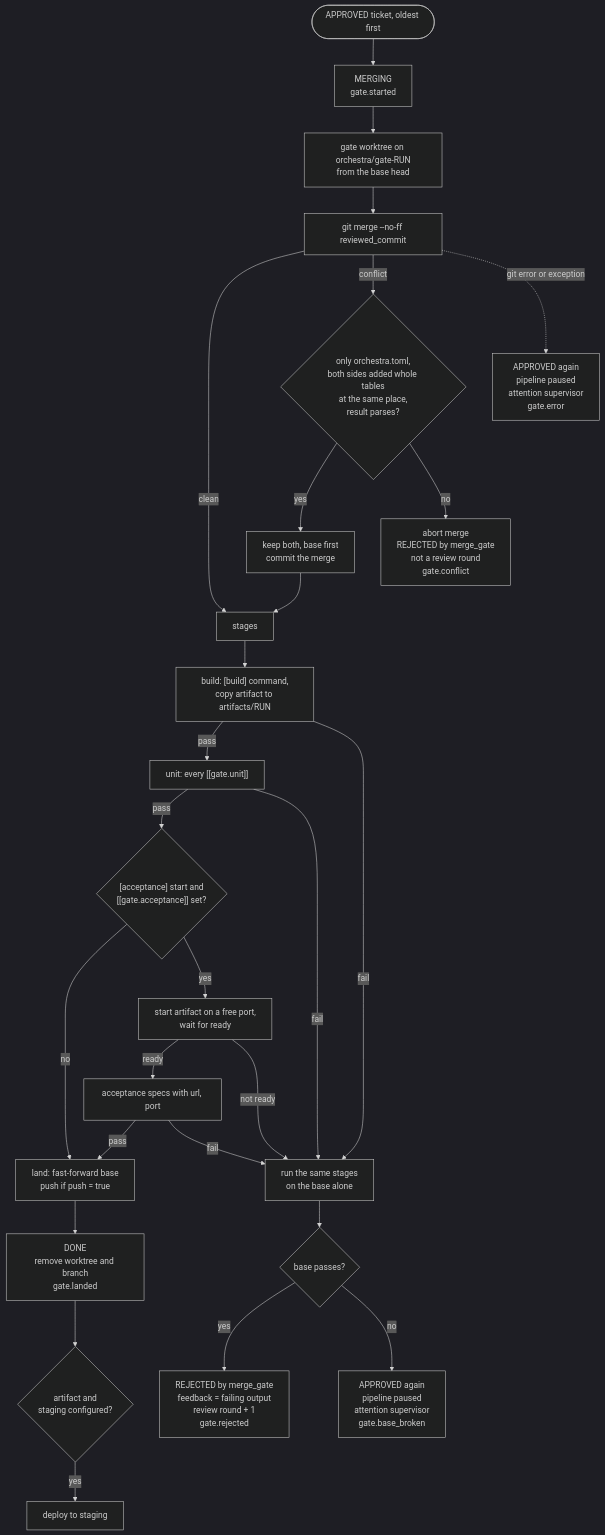
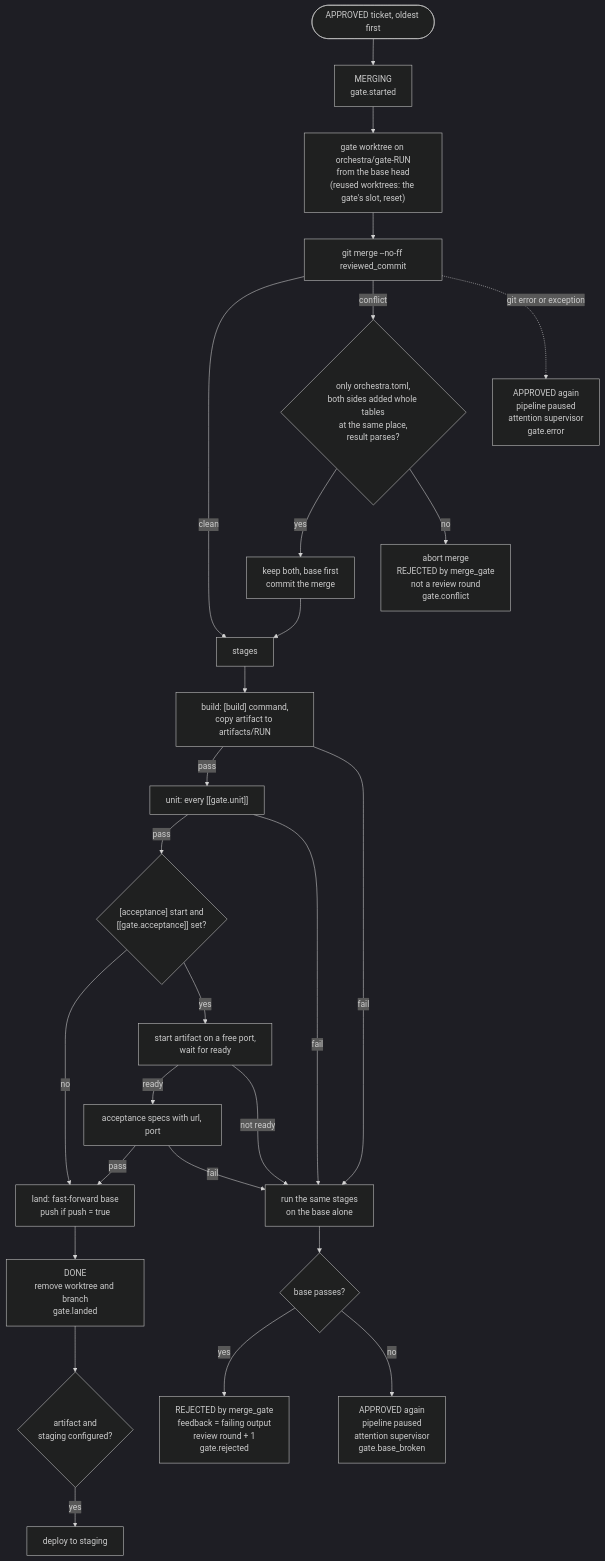
One commit to danroblewis/orchestra-tasking changed the sixth of 7 diagrams in ARCHITECTURE.md. Above: the diagram before and after it, drawn with Mermaid (dark theme). The commit also changed other lines of this file and 13 other files, not shown here.

First line of the commit message:
Reused worktrees (G2): an optional pool of worktrees reset per turn

````diff
--- a/ARCHITECTURE.md
+++ b/ARCHITECTURE.md
@@ -538,28 +574,28 @@
 ```mermaid
 flowchart TD
     S(["APPROVED ticket, oldest first"]) --> M["MERGING<br/>gate.started"]
-    M --> W["gate worktree on orchestra/gate-RUN<br/>from the base head"]
+    M --> W["gate worktree on orchestra/gate-RUN<br/>from the base head<br/>(reused worktrees: the gate's slot, reset)"]
     W --> G["git merge --no-ff reviewed_commit"]
     G -- clean --> ST
     G -- conflict --> R{"only orchestra.toml,<br/>both sides added whole tables<br/>at the same place,<br/>result parses?"}
     R -- yes --> RES["keep both, base first<br/>commit the merge"] --> ST
     R -- no --> CF["abort merge<br/>REJECTED by merge_gate<br/>not a review round<br/>gate.conflict"]
     ST["stages"] --> B["build: [build] command,<br/>copy artifact to artifacts/RUN"]
     B -- pass --> U["unit: every [[gate.unit]]"]
     U -- pass --> AC{"[acceptance] start and<br/>[[gate.acceptance]] set?"}
     AC -- no --> L
     AC -- yes --> T["start artifact on a free port,<br/>wait for ready"]
     T -- ready --> AS["acceptance specs with url, port"]
     AS -- pass --> L["land: fast-forward base<br/>push if push = true"]
     L --> D["DONE<br/>remove worktree and branch<br/>gate.landed"]
     D --> SD{"artifact and<br/>staging configured?"}
     SD -- yes --> DEP["deploy to staging"]
     B -- fail --> F
     U -- fail --> F
     T -- not ready --> F
     AS -- fail --> F
     F["run the same stages<br/>on the base alone"] --> BB{"base passes?"}
     BB -- yes --> RJ["REJECTED by merge_gate<br/>feedback = failing output<br/>review round + 1<br/>gate.rejected"]
     BB -- no --> BR["APPROVED again<br/>pipeline paused<br/>attention supervisor<br/>gate.base_broken"]
     G -. git error or exception .-> E["APPROVED again<br/>pipeline paused<br/>attention supervisor<br/>gate.error"]
 ```
````
